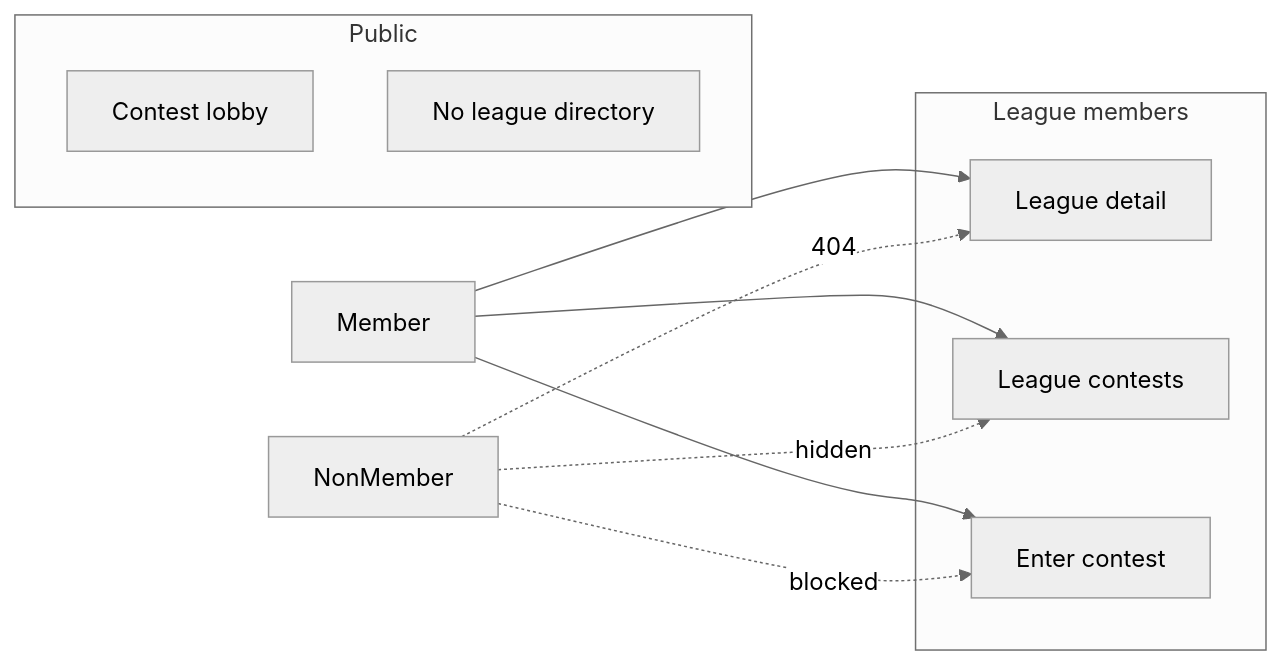
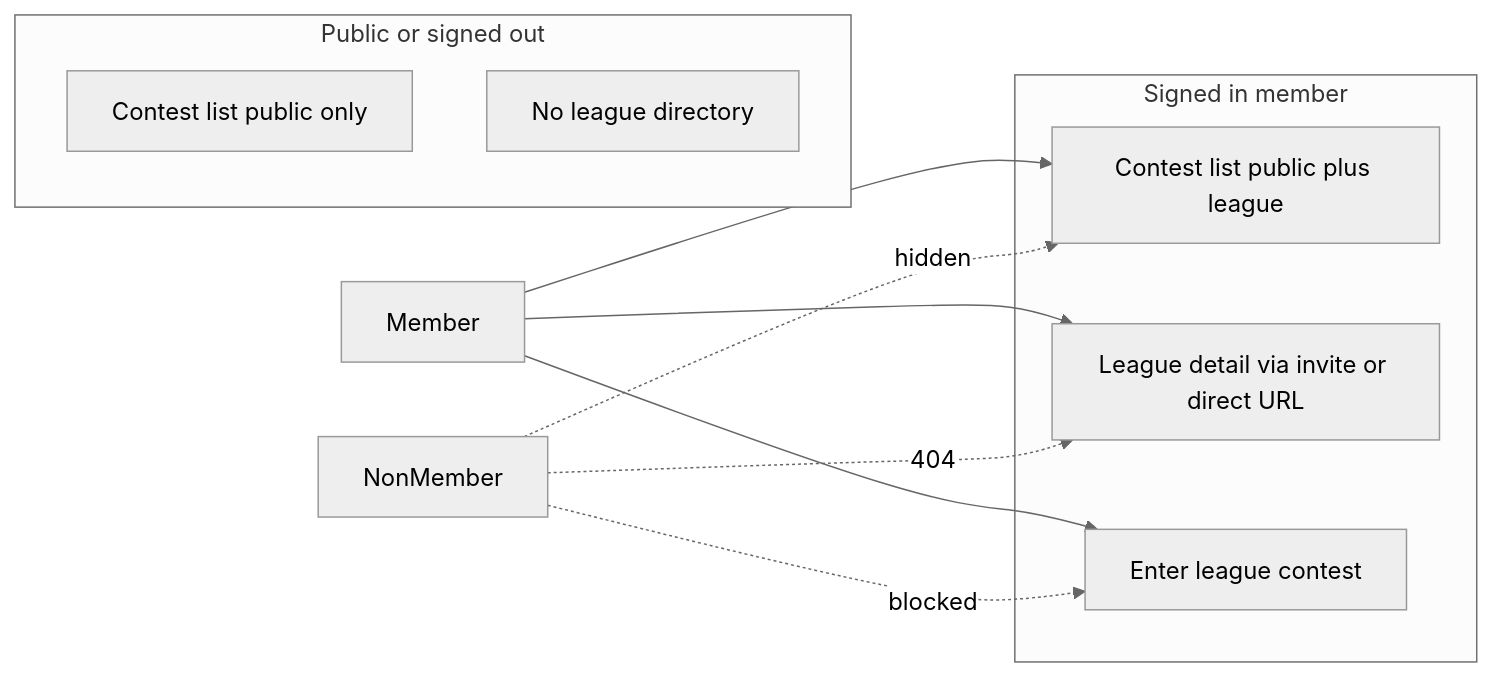
The second of 2 diagrams in PRIVATE_LEAGUES.md (MagRelo/cut), drawn with Mermaid (neutral theme) before and after one commit. The commit also changed other lines of this file and 5 other files, not shown here.

First line of the commit message:
Gate league reads and contests server-side for private leagues.

````diff
--- a/PRIVATE_LEAGUES.md
+++ b/PRIVATE_LEAGUES.md
@@ -76,18 +76,18 @@
 ```mermaid
 flowchart LR
-  subgraph publicSurface [Public]
-    ContestLobby[Contest lobby]
+  subgraph publicSurface [Public or signed out]
+    ContestListPublic[Contest list public only]
     NoDirectory[No league directory]
   end
-  subgraph leagueOnly [League members]
-    LeagueDetail[League detail]
-    LeagueContests[League contests]
-    JoinContest[Enter contest]
+  subgraph signedInMember [Signed in member]
+    ContestListMerged[Contest list public plus league]
+    LeagueDetail[League detail via invite or direct URL]
+    JoinContest[Enter league contest]
   end
+  Member --> ContestListMerged
   Member --> LeagueDetail
-  Member --> LeagueContests
   Member --> JoinContest
   NonMember -.->|404| LeagueDetail
-  NonMember -.->|hidden| LeagueContests
+  NonMember -.->|hidden| ContestListMerged
   NonMember -.->|blocked| JoinContest
 ```
````
